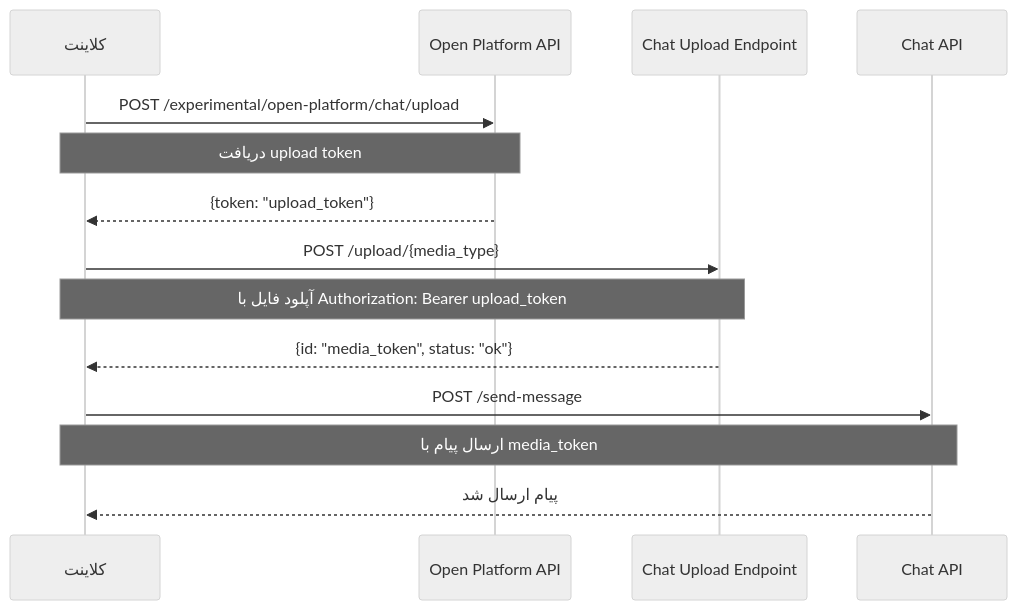
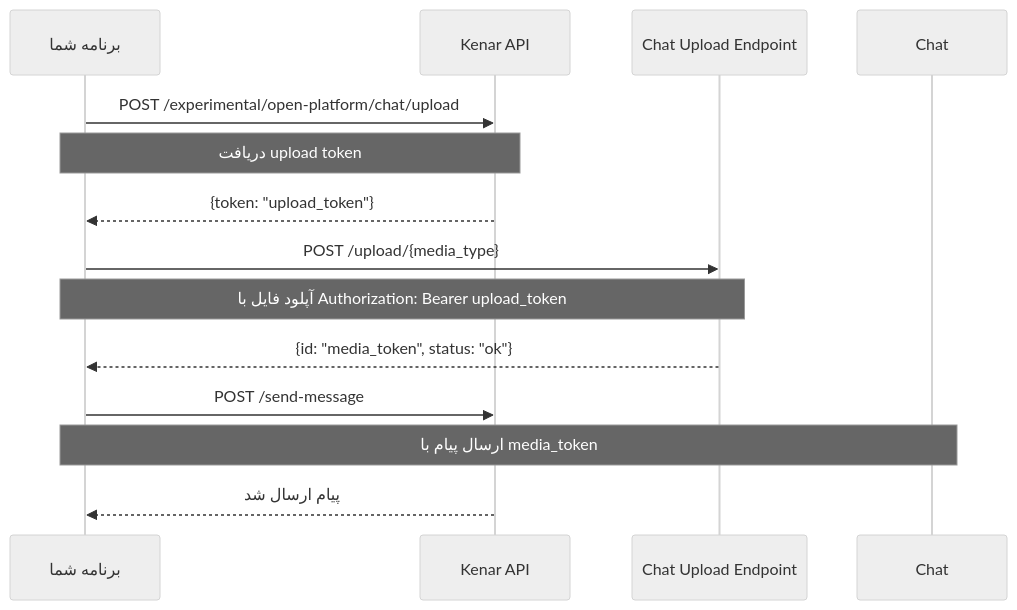
The diagram in docs/chat/upload_media.md (divar-ir/kenar-docs), drawn with Mermaid (neutral theme) before and after one commit.

````diff
--- a/docs/chat/upload_media.md
+++ b/docs/chat/upload_media.md
@@ -13,19 +13,18 @@
 ```mermaid
 sequenceDiagram
-    participant Client as کلاینت
-    participant Platform as Open Platform API
+    participant Client as برنامه شما
+    participant Platform as Kenar API
     participant ChatUpload as Chat Upload Endpoint
-    participant Chat as Chat API
 
     Client->>Platform: POST /experimental/open-platform/chat/upload
     Note over Client,Platform: دریافت upload token
     Platform-->>Client: {token: "upload_token"}
     
     Client->>ChatUpload: POST /upload/{media_type}
     Note over Client,ChatUpload: آپلود فایل با Authorization: Bearer upload_token
     ChatUpload-->>Client: {id: "media_token", status: "ok"}
     
-    Client->>Chat: POST /send-message
+    Client->>Platform: POST /send-message
     Note over Client,Chat: ارسال پیام با media_token
-    Chat-->>Client: پیام ارسال شد
+    Platform-->>Client: پیام ارسال شد
 ```
````
